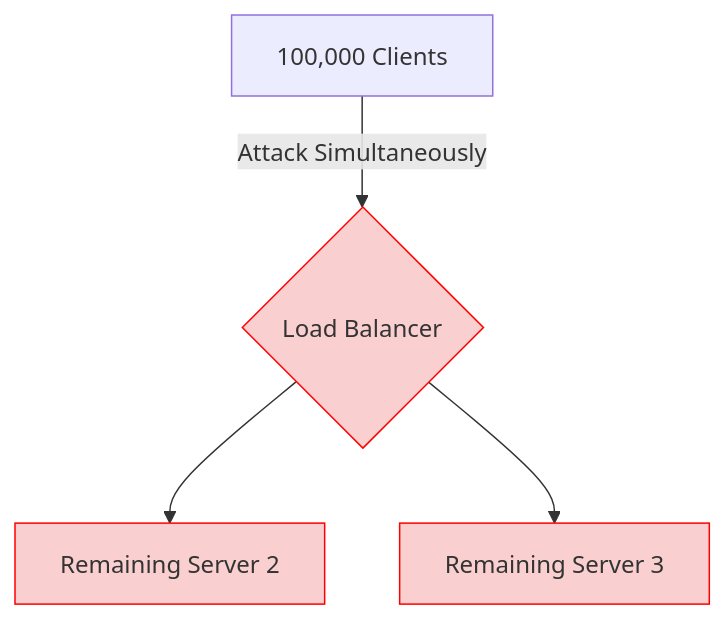
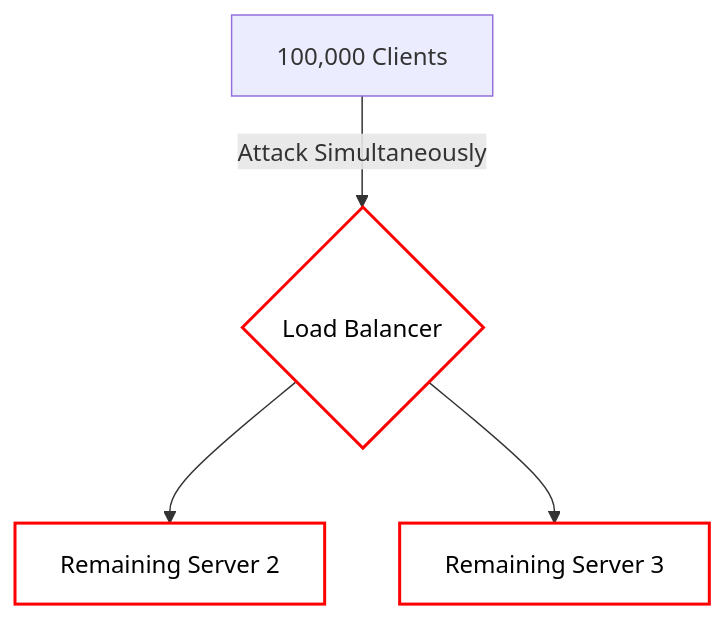
Before and after one commit to MohdMusaiyab/system-design: the fifth of 7 diagrams in Real_Time_Backend/09_Real_Time_Reliability.md, drawn with Mermaid. The commit also changed other lines of this file and 8 other files, not shown here.

````diff
--- a/Real_Time_Backend/09_Real_Time_Reliability.md
+++ b/Real_Time_Backend/09_Real_Time_Reliability.md
@@ -92,9 +92,9 @@
 ```mermaid
 flowchart TD
     C["100,000 Clients"] -->|Attack Simultaneously| LB{"Load Balancer"}
     LB --> S1["Remaining Server 2"]
     LB --> S2["Remaining Server 3"]
-    style S1 fill:#f9cfcf,stroke:#ff0000
-    style S2 fill:#f9cfcf,stroke:#ff0000
-    style LB fill:#f9cfcf,stroke:#ff0000
+    style S1 fill:#ffffff,stroke:#ff0000,color:#000000,stroke-width:2px
+    style S2 fill:#ffffff,stroke:#ff0000,color:#000000,stroke-width:2px
+    style LB fill:#ffffff,stroke:#ff0000,color:#000000,stroke-width:2px
 ```
````
